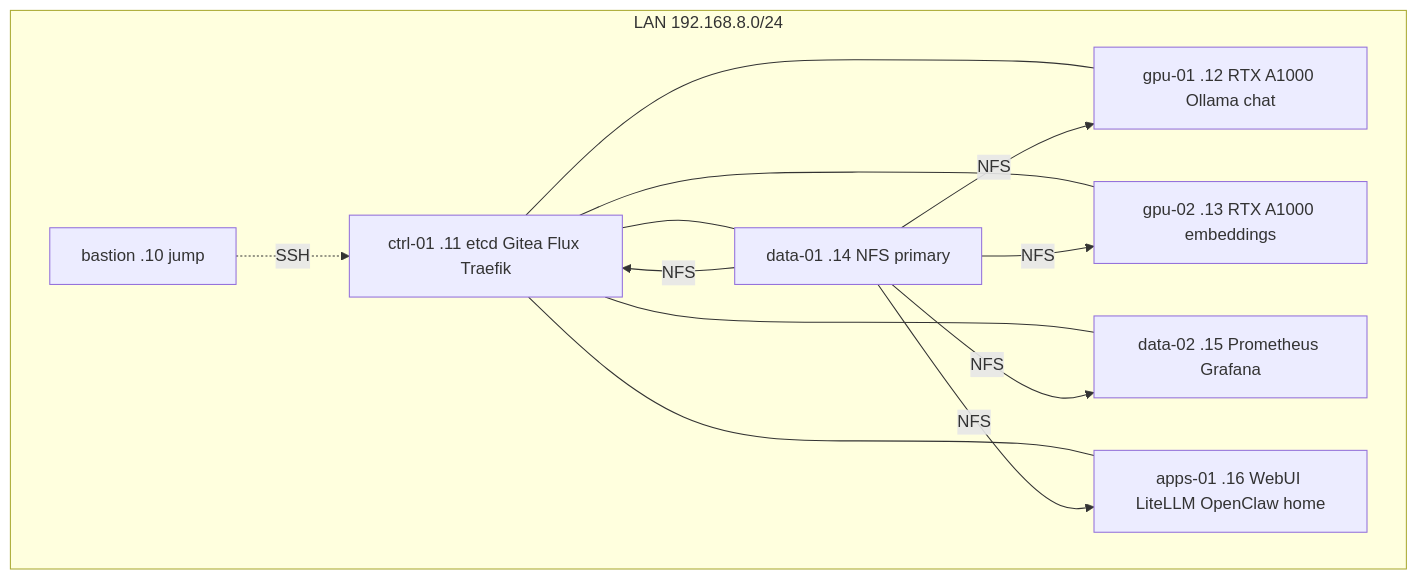
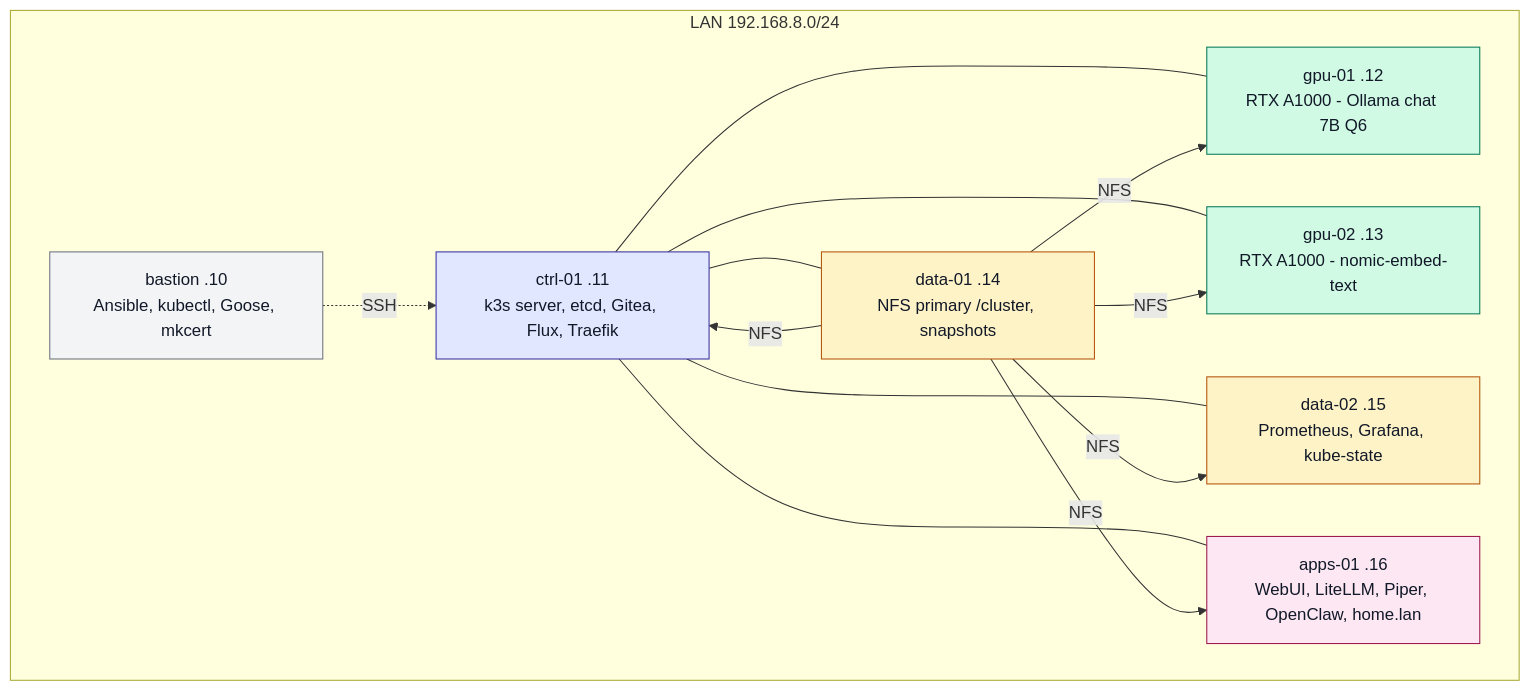
Before and after one commit to gordoncooper/jarvis-infra: the second of 3 diagrams in README.md, drawn with Mermaid. The commit also changed other lines of this file, not shown here.

Commit message:
docs: richer architecture README (colored rack, request path)

````diff
--- a/README.md
+++ b/README.md
@@ -38,23 +62,35 @@
 ```mermaid
 flowchart TB
-  subgraph lan["LAN 192.168.8.0/24"]
-    bastion["bastion .10 jump"]
-    ctrl["ctrl-01 .11 etcd Gitea Flux Traefik"]
-    gpu1["gpu-01 .12 RTX A1000 Ollama chat"]
-    gpu2["gpu-02 .13 RTX A1000 embeddings"]
-    data1["data-01 .14 NFS primary"]
-    data2["data-02 .15 Prometheus Grafana"]
-    apps["apps-01 .16 WebUI LiteLLM OpenClaw home"]
+  classDef jump fill:#f3f4f6,stroke:#6b7280,color:#111827
+  classDef ctrl fill:#e0e7ff,stroke:#3730a3,color:#111827
+  classDef gpu fill:#d1fae5,stroke:#047857,color:#111827
+  classDef store fill:#fef3c7,stroke:#b45309,color:#111827
+  classDef apps fill:#fce7f3,stroke:#9d174d,color:#111827
+
+  subgraph fabric["LAN 192.168.8.0/24"]
+    bastion["bastion .10<br/>Ansible, kubectl, Goose, mkcert"]
+    ctrl["ctrl-01 .11<br/>k3s server, etcd, Gitea, Flux, Traefik"]
+    gpu1["gpu-01 .12<br/>RTX A1000 - Ollama chat 7B Q6"]
+    gpu2["gpu-02 .13<br/>RTX A1000 - nomic-embed-text"]
+    data1["data-01 .14<br/>NFS primary /cluster, snapshots"]
+    data2["data-02 .15<br/>Prometheus, Grafana, kube-state"]
+    apps["apps-01 .16<br/>WebUI, LiteLLM, Piper, OpenClaw, home.lan"]
   end
   bastion -.->|SSH| ctrl
   ctrl --- gpu1
   ctrl --- gpu2
   ctrl --- data1
   ctrl --- data2
   ctrl --- apps
   data1 -->|NFS| gpu1
   data1 -->|NFS| gpu2
   data1 -->|NFS| data2
   data1 -->|NFS| apps
   data1 -->|NFS| ctrl
+
+  class bastion jump
+  class ctrl ctrl
+  class gpu1,gpu2 gpu
+  class data1,data2 store
+  class apps apps
 ```
````
